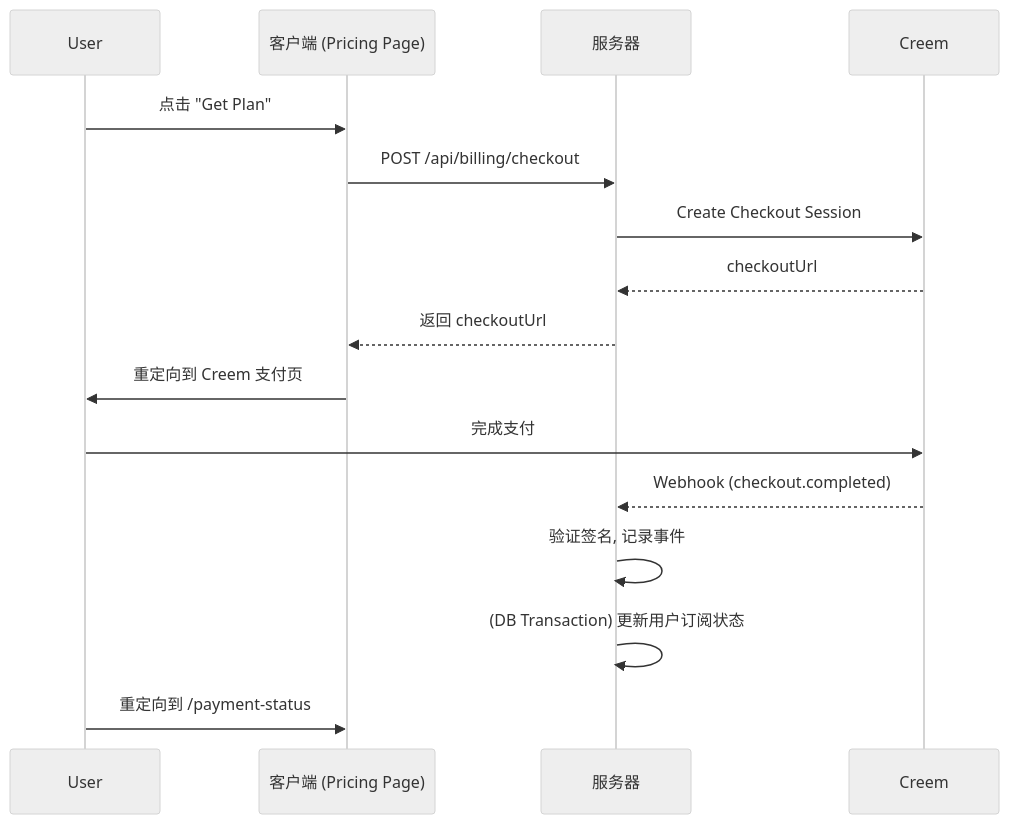
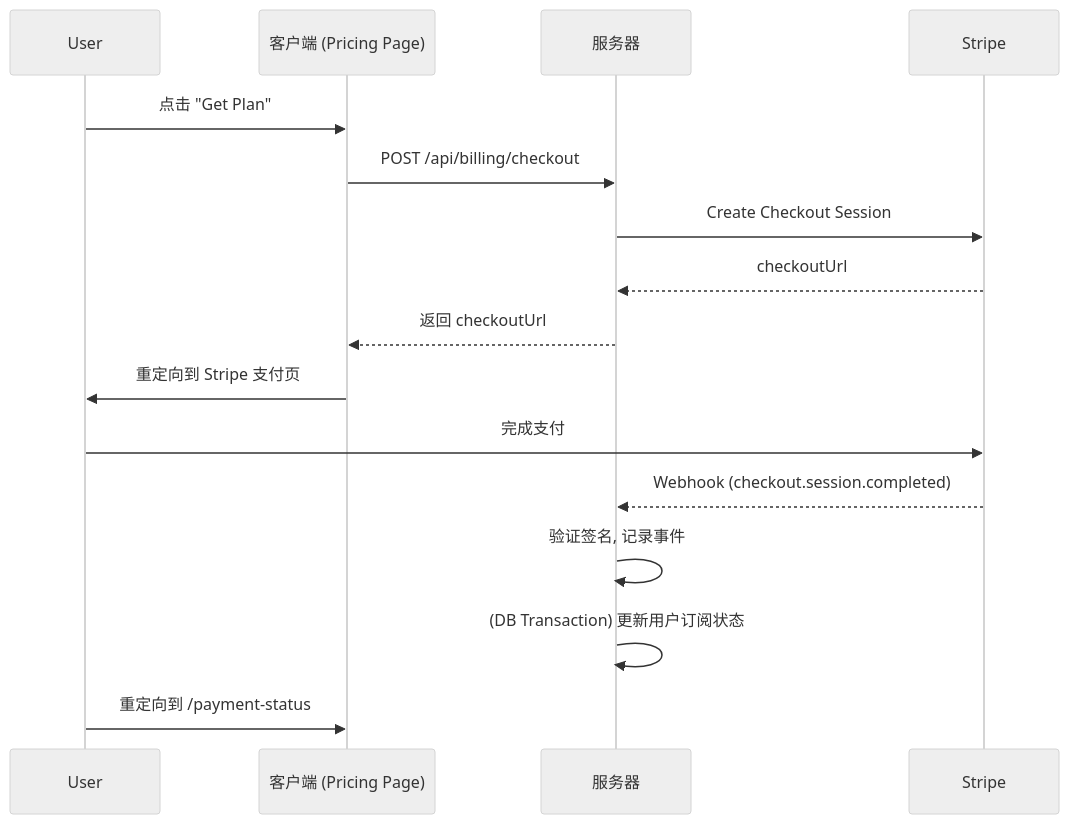
The third of 5 diagrams in content/blog/zh-Hans/saas-starter-kit-developer-guide.md (UllrAI/SaaS-Starter), drawn with Mermaid (neutral theme) before and after one commit. The commit also changed other lines of this file and 93 other files, not shown here.

Commit message:
replace Creem billing with Stripe

````diff
--- a/content/blog/zh-Hans/saas-starter-kit-developer-guide.md
+++ b/content/blog/zh-Hans/saas-starter-kit-developer-guide.md
@@ -359,19 +359,19 @@
   ```mermaid
   sequenceDiagram
       participant User
       participant Client as 客户端 (Pricing Page)
       participant Server as 服务器
-      participant Creem
+      participant Stripe
 
       User->>Client: 点击 "Get Plan"
       Client->>Server: POST /api/billing/checkout
-      Server->>Creem: Create Checkout Session
-      Creem-->>Server: checkoutUrl
+      Server->>Stripe: Create Checkout Session
+      Stripe-->>Server: checkoutUrl
       Server-->>Client: 返回 checkoutUrl
-      Client->>User: 重定向到 Creem 支付页
-      User->>Creem: 完成支付
-      Creem-->>Server: Webhook (checkout.completed)
+      Client->>User: 重定向到 Stripe 支付页
+      User->>Stripe: 完成支付
+      Stripe-->>Server: Webhook (checkout.session.completed)
       Server->>Server: 验证签名, 记录事件
       Server->>Server: (DB Transaction) 更新用户订阅状态
       User->>Client: 重定向到 /payment-status
   ```
````
